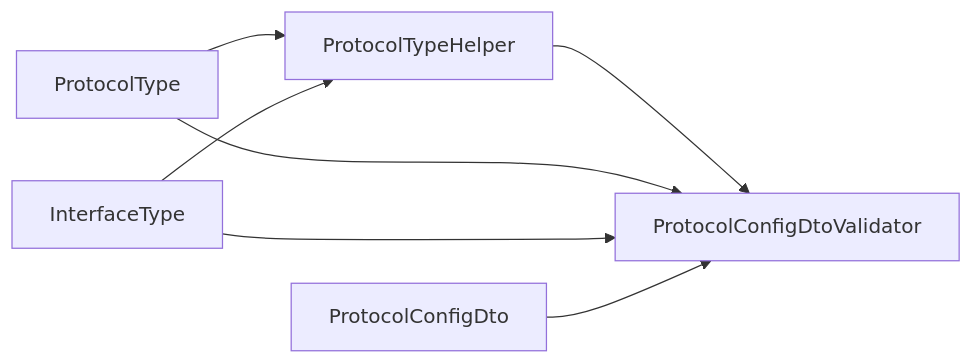
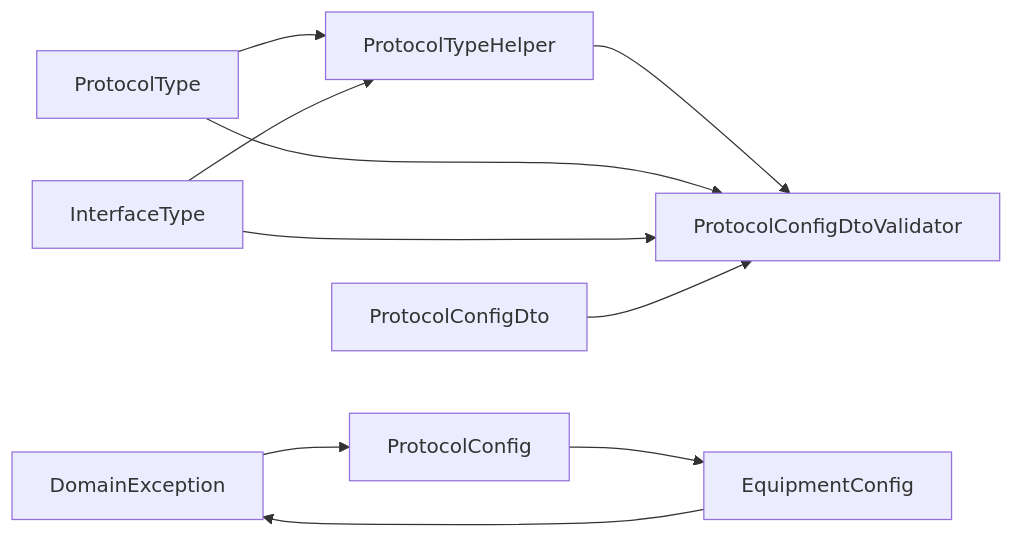
Before and after one commit to whitemousetl/IndustrialDataSolution: the fifth of 5 diagrams in .qoder/repowiki/zh/content/领域模型设计/协议配置模型.md, drawn with Mermaid. The commit also changed other lines of this file and 18 other files, not shown here.

````diff
--- a/.qoder/repowiki/zh/content/领域模型设计/协议配置模型.md
+++ b/.qoder/repowiki/zh/content/领域模型设计/协议配置模型.md
@@ -333,9 +478,12 @@
 ```mermaid
 graph LR
 PT["ProtocolType"] --> PTH["ProtocolTypeHelper"]
 IT["InterfaceType"] --> PTH
 PTH --> Val["ProtocolConfigDtoValidator"]
 PT --> Val
 IT --> Val
 Dto["ProtocolConfigDto"] --> Val
+DE["DomainException"] --> PC["ProtocolConfig"]
+PC --> EC["EquipmentConfig"]
+EC --> DE
 ```
````
